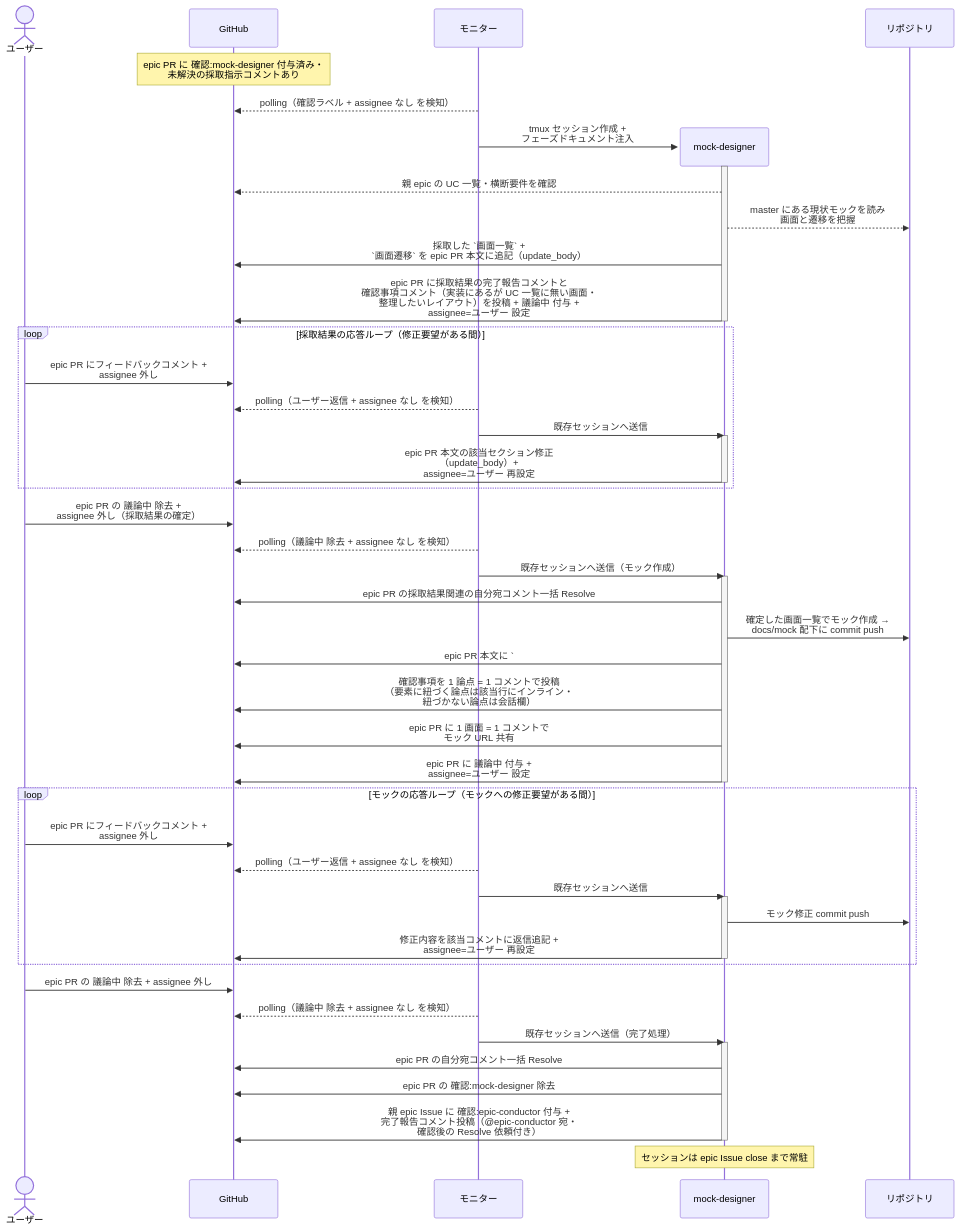
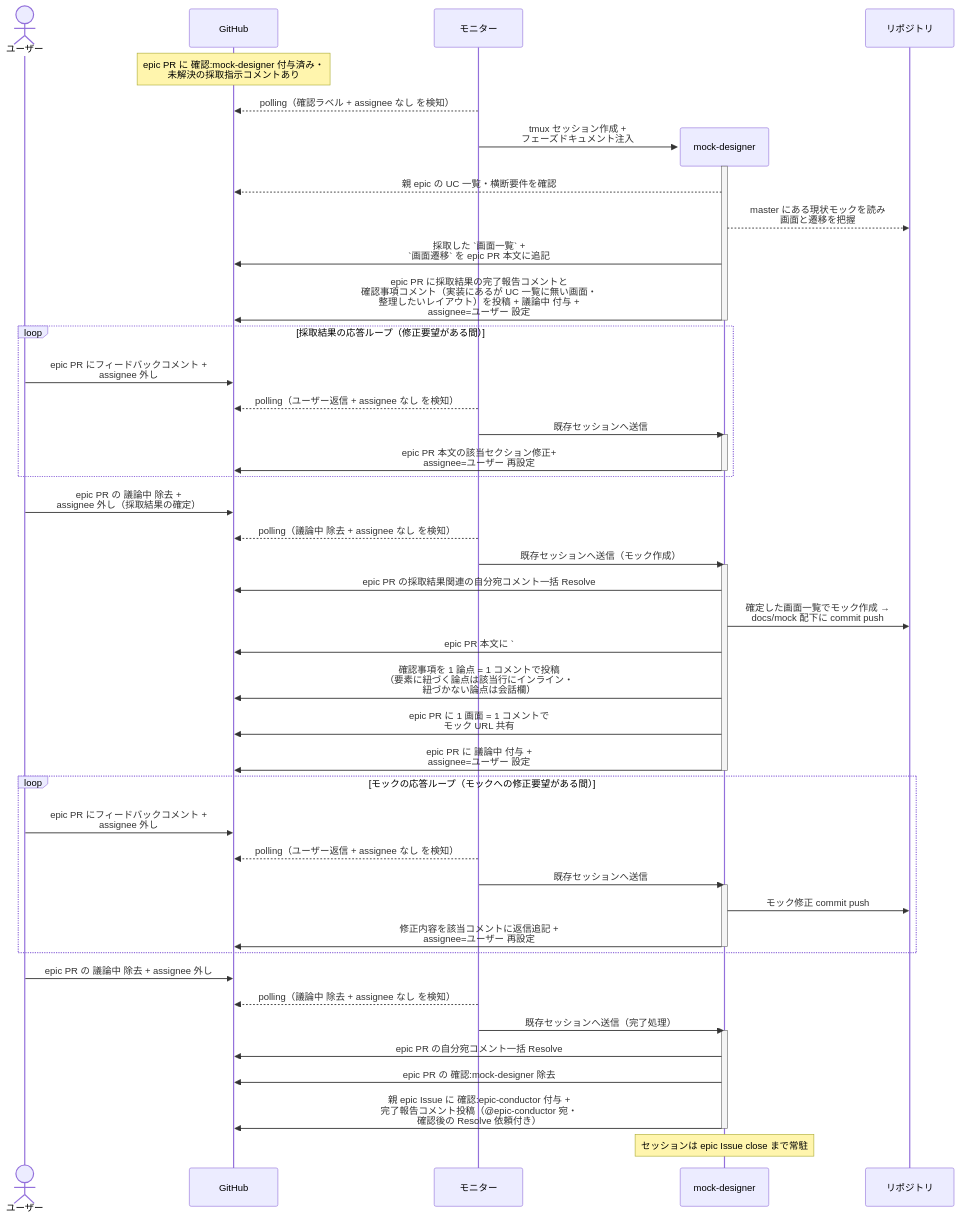
One commit to shuhei1101/ai-monitor changed the second of 2 diagrams in docs/wiki/設計図/シナリオ/単一ユースケース/全体UI設計.md. Above: the diagram before and after it, drawn with Mermaid. The commit also changed other lines of this file and 80 other files, not shown here.

````diff
--- a/docs/wiki/設計図/シナリオ/単一ユースケース/全体UI設計.md
+++ b/docs/wiki/設計図/シナリオ/単一ユースケース/全体UI設計.md
@@ -111,59 +111,59 @@
 ```mermaid
 sequenceDiagram
   actor U as ユーザー
   participant GH as GitHub
   participant ORC as モニター
 
   Note over GH: epic PR に 確認:mock-designer 付与済み・<br>未解決の採取指示コメントあり
   ORC-->>GH: polling（確認ラベル + assignee なし を検知）
   create participant MON as mock-designer
   ORC->>MON: tmux セッション作成 +<br>フェーズドキュメント注入
   participant REPO as リポジトリ
   activate MON
   MON-->>GH: 親 epic の UC 一覧・横断要件を確認
   MON-->>REPO: master にある現状モックを読み<br>画面と遷移を把握
-  MON->>GH: 採取した `画面一覧` +<br>`画面遷移` を epic PR 本文に追記（update_body）
+  MON->>GH: 採取した `画面一覧` +<br>`画面遷移` を epic PR 本文に追記
   MON->>GH: epic PR に採取結果の完了報告コメントと<br>確認事項コメント（実装にあるが UC 一覧に無い画面・<br>整理したいレイアウト）を投稿 + 議論中 付与 +<br>assignee=ユーザー 設定
   deactivate MON
 
   loop 採取結果の応答ループ（修正要望がある間）
     U->>GH: epic PR にフィードバックコメント +<br>assignee 外し
     ORC-->>GH: polling（ユーザー返信 + assignee なし を検知）
     ORC->>MON: 既存セッションへ送信
     activate MON
-    MON->>GH: epic PR 本文の該当セクション修正<br>（update_body）+<br>assignee=ユーザー 再設定
+    MON->>GH: epic PR 本文の該当セクション修正+<br>assignee=ユーザー 再設定
     deactivate MON
   end
 
   U->>GH: epic PR の 議論中 除去 +<br>assignee 外し（採取結果の確定）
   ORC-->>GH: polling（議論中 除去 + assignee なし を検知）
   ORC->>MON: 既存セッションへ送信（モック作成）
   activate MON
   MON->>GH: epic PR の採取結果関連の自分宛コメント一括 Resolve
   MON->>REPO: 確定した画面一覧でモック作成 →<br>docs/mock 配下に commit push
-  MON->>GH: epic PR 本文に `### モック`（画面ごとの URL 一覧）を追記<br>（update_body）
+  MON->>GH: epic PR 本文に `### モック`（画面ごとの URL 一覧）を追記
   MON->>GH: 確認事項を 1 論点 = 1 コメントで投稿<br>（要素に紐づく論点は該当行にインライン・<br>紐づかない論点は会話欄）
   MON->>GH: epic PR に 1 画面 = 1 コメントで<br>モック URL 共有
   MON->>GH: epic PR に 議論中 付与 +<br>assignee=ユーザー 設定
   deactivate MON
 
   loop モックの応答ループ（モックへの修正要望がある間）
     U->>GH: epic PR にフィードバックコメント +<br>assignee 外し
     ORC-->>GH: polling（ユーザー返信 + assignee なし を検知）
     ORC->>MON: 既存セッションへ送信
     activate MON
     MON->>REPO: モック修正 commit push
     MON->>GH: 修正内容を該当コメントに返信追記 +<br>assignee=ユーザー 再設定
     deactivate MON
   end
 
   U->>GH: epic PR の 議論中 除去 + assignee 外し
   ORC-->>GH: polling（議論中 除去 + assignee なし を検知）
   ORC->>MON: 既存セッションへ送信（完了処理）
   activate MON
   MON->>GH: epic PR の自分宛コメント一括 Resolve
   MON->>GH: epic PR の 確認:mock-designer 除去
   MON->>GH: 親 epic Issue に 確認:epic-conductor 付与 +<br>完了報告コメント投稿（@epic-conductor 宛・<br>確認後の Resolve 依頼付き）
   deactivate MON
   Note over MON: セッションは epic Issue close まで常駐
 ```
````
